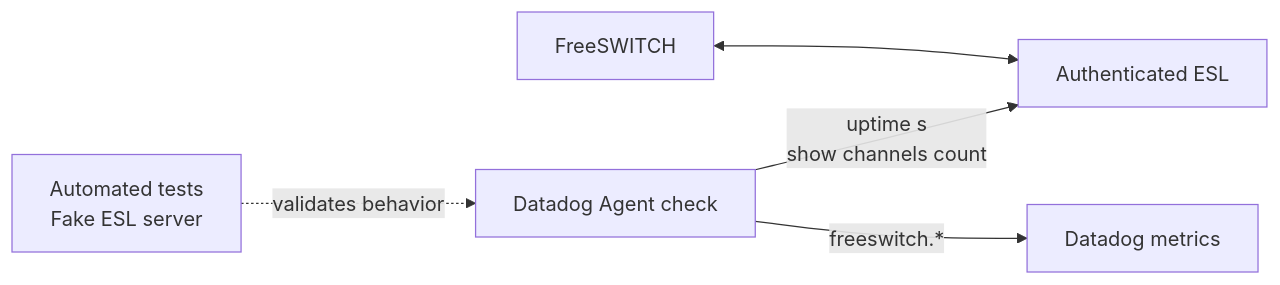
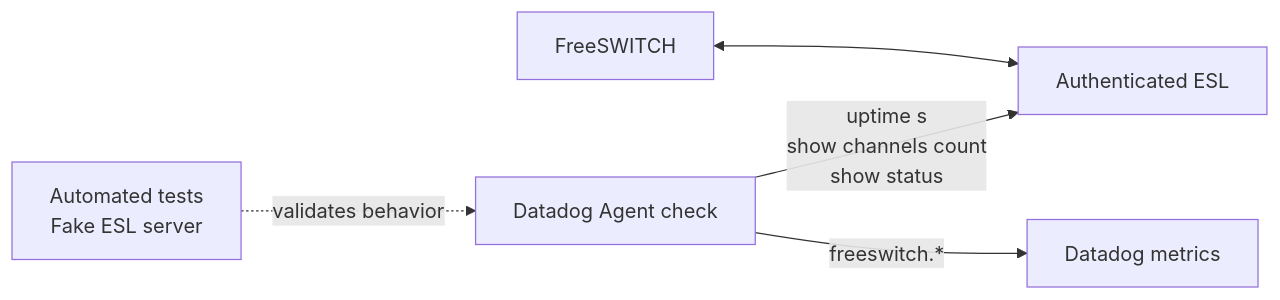
One commit to shivamsancc/datadog-freeswitch changed the diagram in README.md. Above: the diagram before and after it, drawn with Mermaid. The commit also changed other lines of this file and 30 other files, not shown here.

````diff
--- a/README.md
+++ b/README.md
@@ -54,12 +54,12 @@
 ```mermaid
 flowchart LR
     FS["FreeSWITCH"]
     ESL["Authenticated ESL"]
     CHECK["Datadog Agent check"]
     DD["Datadog metrics"]
     TEST["Automated tests<br/>Fake ESL server"]
     FS <--> ESL
-    CHECK -->|"uptime s<br/>show channels count"| ESL
+    CHECK -->|"uptime s<br/>show channels count<br/>show status"| ESL
     CHECK -->|"freeswitch.*"| DD
     TEST -. "validates behavior" .-> CHECK
 ```
````
